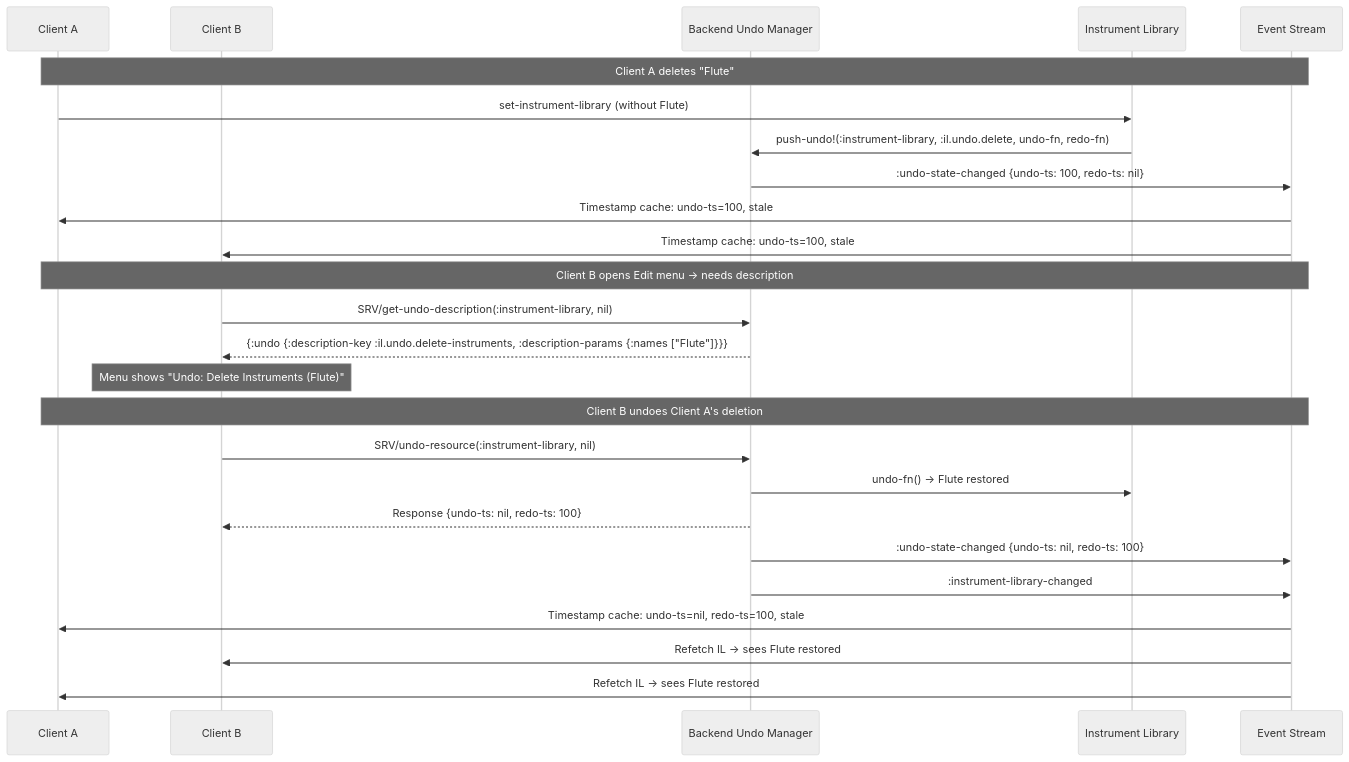
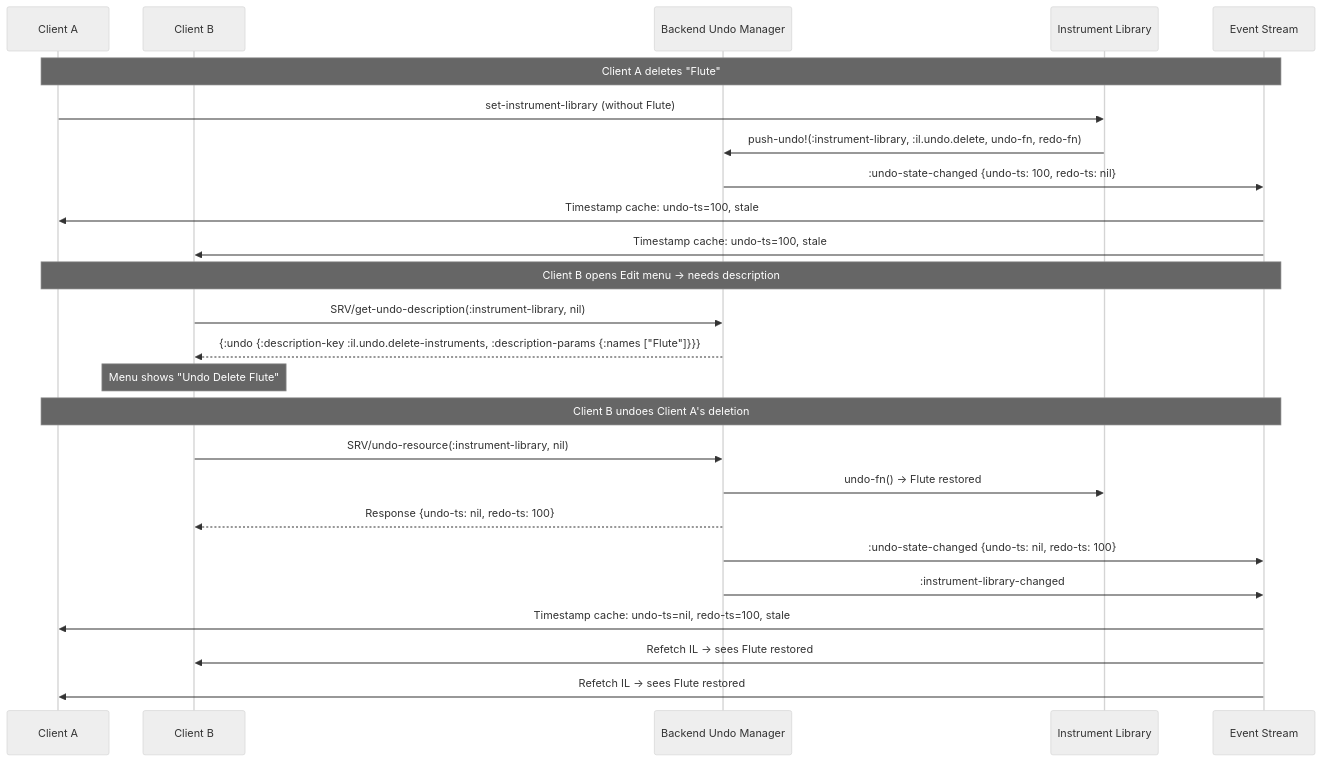
One commit to PeterBengtson/Ooloi-docs changed the third of 4 diagrams in ADRs/0015-Undo-and-Redo.md. Above: the diagram before and after it, drawn with Mermaid (neutral theme). The commit also changed other lines of this file and 5 other files, not shown here.

````diff
--- a/ADRs/0015-Undo-and-Redo.md
+++ b/ADRs/0015-Undo-and-Redo.md
@@ -923,30 +923,30 @@
 ```mermaid
 sequenceDiagram
     participant A as Client A
     participant B as Client B
     participant UM as Backend Undo Manager
     participant IL as Instrument Library
     participant E as Event Stream
 
     Note over A,E: Client A deletes "Flute"
     A->>IL: set-instrument-library (without Flute)
     IL->>UM: push-undo!(:instrument-library, :il.undo.delete, undo-fn, redo-fn)
     UM->>E: :undo-state-changed {undo-ts: 100, redo-ts: nil}
     E->>A: Timestamp cache: undo-ts=100, stale
     E->>B: Timestamp cache: undo-ts=100, stale
 
     Note over A,E: Client B opens Edit menu → needs description
     B->>UM: SRV/get-undo-description(:instrument-library, nil)
     UM-->>B: {:undo {:description-key :il.undo.delete-instruments, :description-params {:names ["Flute"]}}}
-    Note over B: Menu shows "Undo: Delete Instruments (Flute)"
+    Note over B: Menu shows "Undo Delete Flute"
 
     Note over A,E: Client B undoes Client A's deletion
     B->>UM: SRV/undo-resource(:instrument-library, nil)
     UM->>IL: undo-fn() → Flute restored
     UM-->>B: Response {undo-ts: nil, redo-ts: 100}
     UM->>E: :undo-state-changed {undo-ts: nil, redo-ts: 100}
     UM->>E: :instrument-library-changed
     E->>A: Timestamp cache: undo-ts=nil, redo-ts=100, stale
     E->>B: Refetch IL → sees Flute restored
     E->>A: Refetch IL → sees Flute restored
 ```
````
